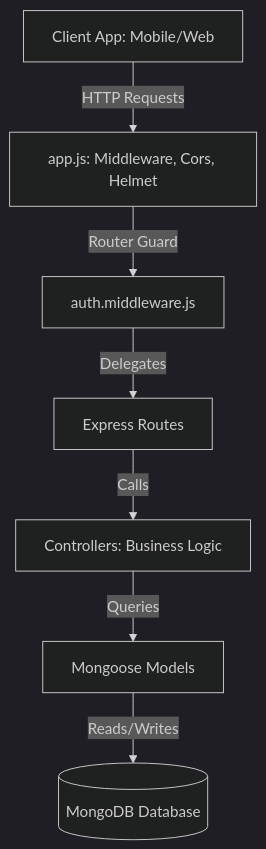
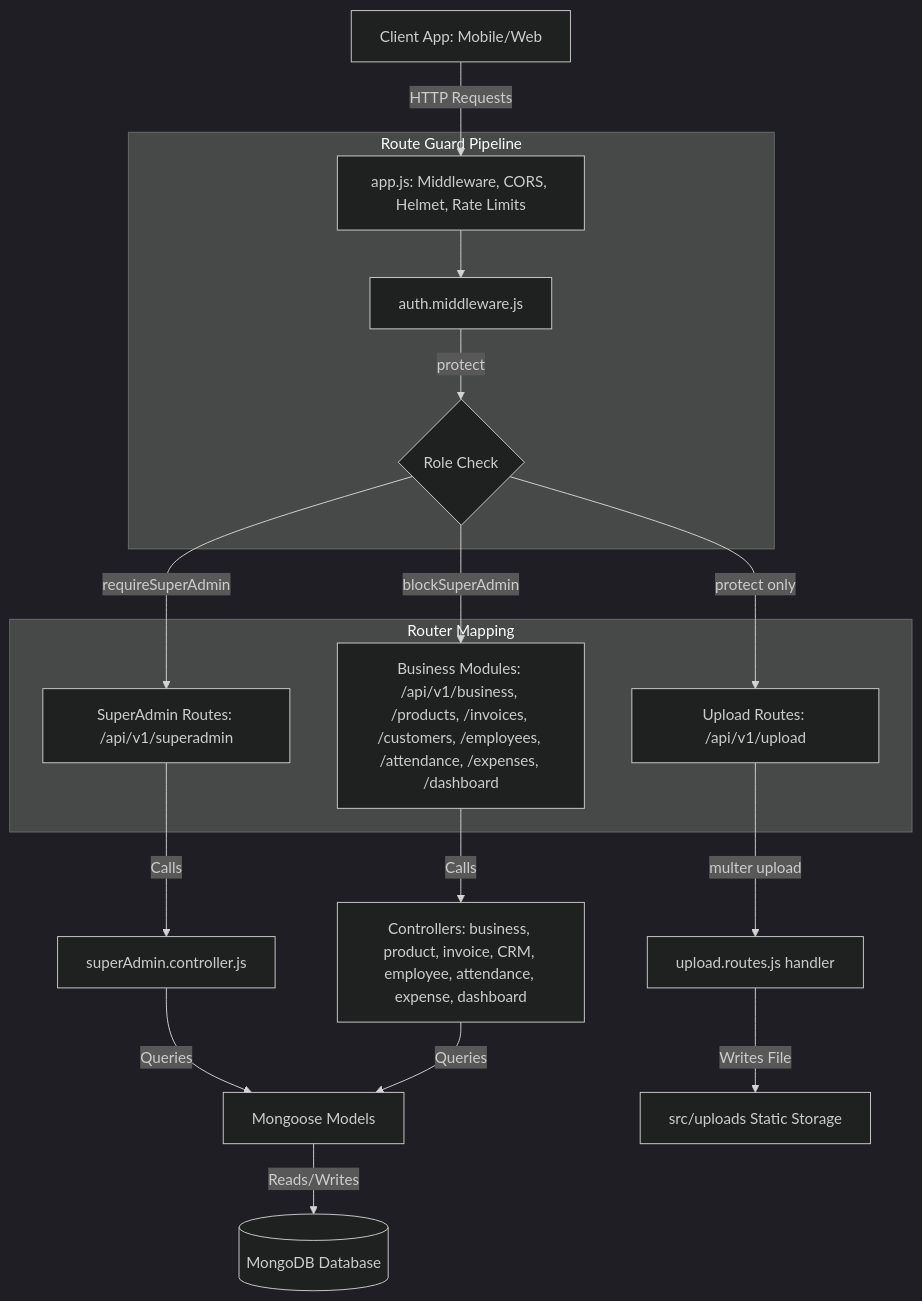
One commit to Samiksha-Lohia/BizOS changed the first of 3 diagrams in SYSTEM_DESIGN.md. Above: the diagram before and after it, drawn with Mermaid (dark theme). The commit also changed other lines of this file and 1 other file, not shown here.

````diff
--- a/SYSTEM_DESIGN.md
+++ b/SYSTEM_DESIGN.md
@@ -11,9 +11,25 @@
 ```mermaid
 graph TD
-    Client[Client App: Mobile/Web] -->|HTTP Requests| AppJS[app.js: Middleware, Cors, Helmet]
-    AppJS -->|Router Guard| AuthMW[auth.middleware.js]
-    AuthMW -->|Delegates| Routes[Express Routes]
-    Routes -->|Calls| Controllers[Controllers: Business Logic]
-    Controllers -->|Queries| Models[Mongoose Models]
+    Client[Client App: Mobile/Web] -->|HTTP Requests| AppJS[app.js: Middleware, CORS, Helmet, Rate Limits]
+    
+    subgraph Route Guard Pipeline
+        AppJS --> AuthMW[auth.middleware.js]
+        AuthMW -->|protect| RoleGuard{Role Check}
+    end
+
+    subgraph Router Mapping
+        RoleGuard -->|requireSuperAdmin| SuperAdminRoutes[SuperAdmin Routes: /api/v1/superadmin]
+        RoleGuard -->|blockSuperAdmin| BusinessRoutes[Business Modules: /api/v1/business, /products, /invoices, /customers, /employees, /attendance, /expenses, /dashboard]
+        RoleGuard -->|protect only| UploadRoutes[Upload Routes: /api/v1/upload]
+    end
+
+    SuperAdminRoutes -->|Calls| SuperAdminCtrl[superAdmin.controller.js]
+    BusinessRoutes -->|Calls| BusinessCtrls[Controllers: business, product, invoice, CRM, employee, attendance, expense, dashboard]
+    UploadRoutes -->|multer upload| UploadHandler[upload.routes.js handler]
+
+    SuperAdminCtrl -->|Queries| Models[Mongoose Models]
+    BusinessCtrls -->|Queries| Models
+    UploadHandler -->|Writes File| LocalUploads[src/uploads Static Storage]
+
     Models -->|Reads/Writes| MongoDB[(MongoDB Database)]
 ```
````
